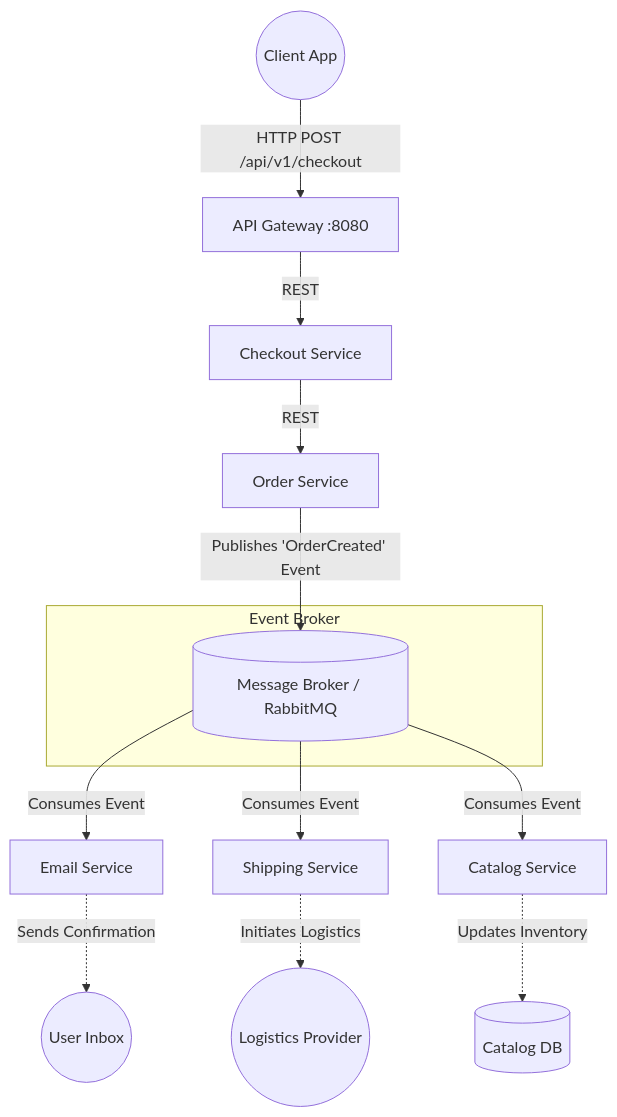
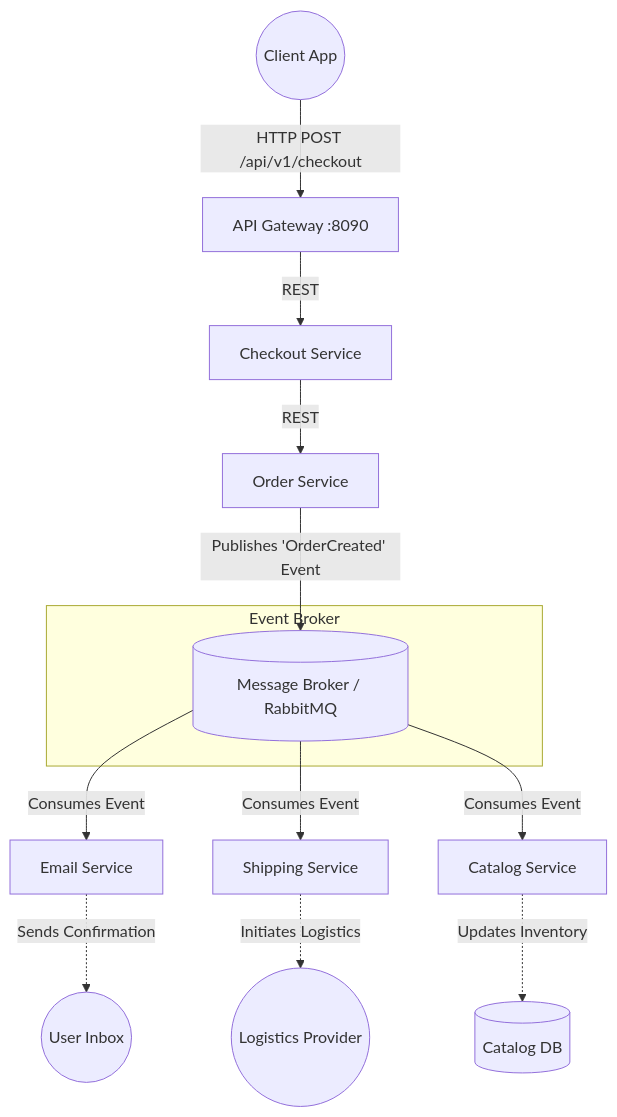
The diagram in README.md (Nagu0005/cloth_store), drawn with Mermaid before and after one commit. The commit also changed other lines of this file and 11 other files, not shown here.

````diff
--- a/README.md
+++ b/README.md
@@ -27,20 +27,20 @@
 ```mermaid
 graph TD
-    Client((Client App)) -->|HTTP POST /api/v1/checkout| API_Gateway[API Gateway :8080]
+    Client((Client App)) -->|HTTP POST /api/v1/checkout| API_Gateway[API Gateway :8090]
     API_Gateway -->|REST| Checkout[Checkout Service]
     Checkout -->|REST| Order[Order Service]
     
     subgraph Event Broker
         Queue[(Message Broker / RabbitMQ)]
     end
     
     Order -- "Publishes 'OrderCreated' Event" --> Queue
     
     Queue -- "Consumes Event" --> Email[Email Service]
     Queue -- "Consumes Event" --> Shipping[Shipping Service]
     Queue -- "Consumes Event" --> Catalog[Catalog Service]
     
     Email -. "Sends Confirmation" .-> User((User Inbox))
     Shipping -. "Initiates Logistics" .-> Fulfillment((Logistics Provider))
     Catalog -. "Updates Inventory" .-> DB[(Catalog DB)]
 ```
````
